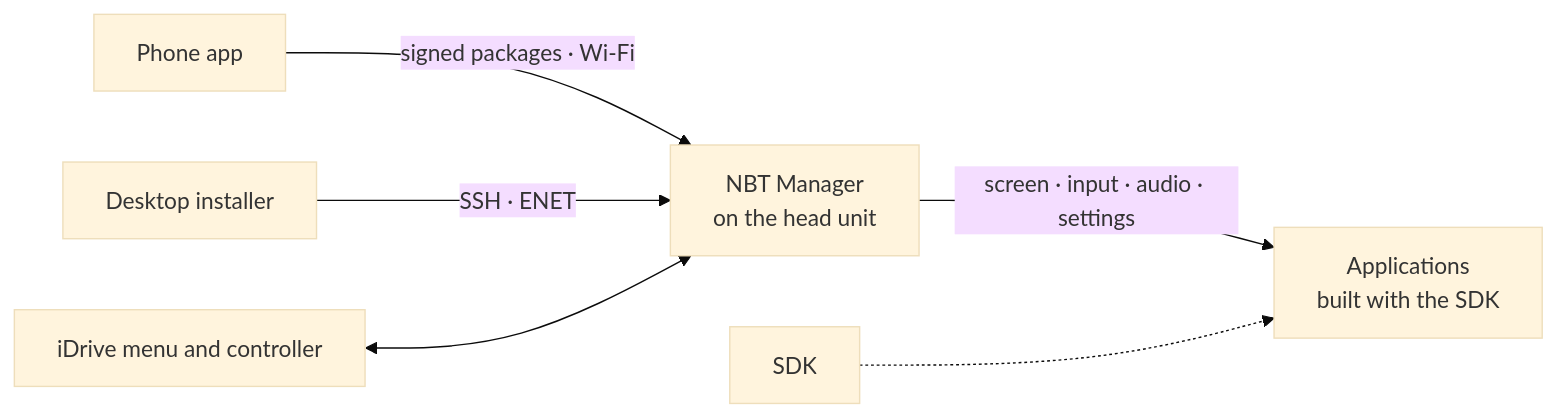
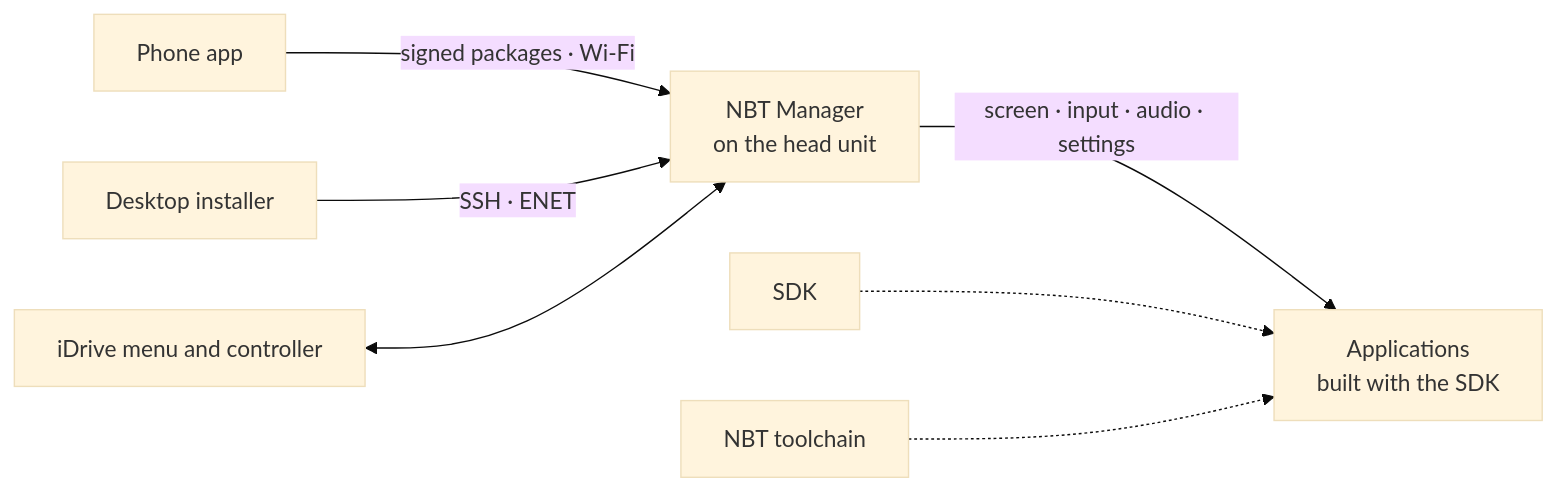
One commit to NBTFoundry/.github changed the diagram in profile/README.md. Above: the diagram before and after it, drawn with Mermaid (base theme). The commit also changed other lines of this file, not shown here.

Commit message:
Profile: the NBT toolchain (Linux, macOS, Windows) builds applications without the QNX SDK

````diff
--- a/profile/README.md
+++ b/profile/README.md
@@ -68,8 +70,9 @@
 ```mermaid
 flowchart LR
   PHONE["Phone app"] -->|"signed packages · Wi-Fi"| MANAGER["NBT Manager<br/>on the head unit"]
   INSTALLER["Desktop installer"] -->|"SSH · ENET"| MANAGER
   IDRIVE["iDrive menu and controller"] <--> MANAGER
   MANAGER -->|"screen · input · audio · settings"| APP["Applications<br/>built with the SDK"]
   SDK["SDK"] -.-> APP
+  TOOLCHAIN["NBT toolchain"] -.-> APP
 ```
````
